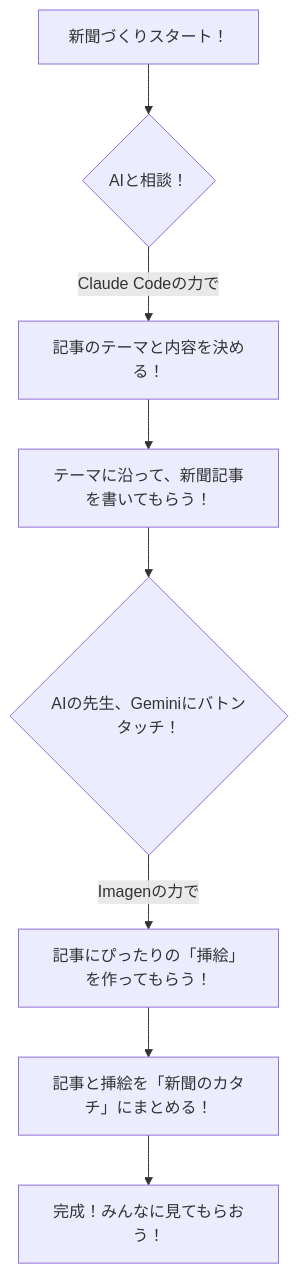
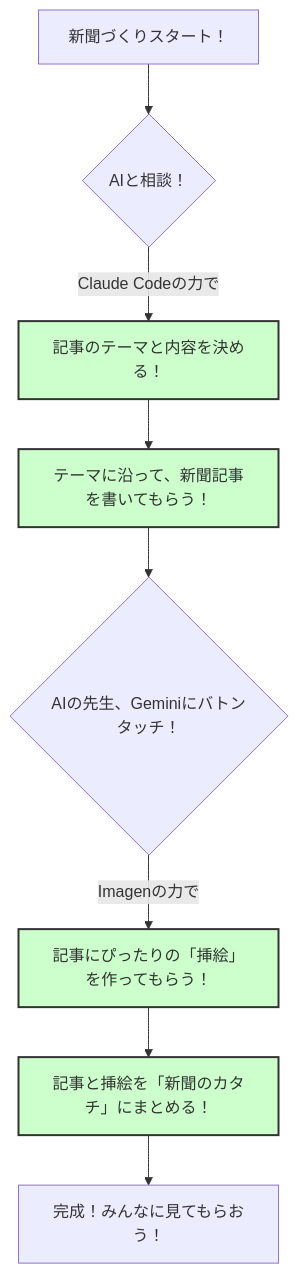
One commit to mizunadad/claude-code-test changed the diagram in mkNewsPaper_minato.md. Above: the diagram before and after it, drawn with Mermaid.

````diff
--- a/mkNewsPaper_minato.md
+++ b/mkNewsPaper_minato.md
@@ -1,10 +1,16 @@
 ```mermaid
 graph TD
     A[新聞づくりスタート！] --> B{AIと相談！};
     B -- Claude Codeの力で --> C["記事のテーマと内容を決める！"];
     C --> D["テーマに沿って、新聞記事を書いてもらう！"];
     D --> E{AIの先生、Geminiにバトンタッチ！};
     E -- Imagenの力で --> F["記事にぴったりの「挿絵」を作ってもらう！"];
     F --> G["記事と挿絵を「新聞のカタチ」にまとめる！"];
     G --> H[完成！みんなに見てもらおう！];
+
+
+style C fill:#ccffcc,stroke:#333,stroke-width:2px
+style D fill:#ccffcc,stroke:#333,stroke-width:2px
+style F fill:#ccffcc,stroke:#333,stroke-width:2px
+style G fill:#ccffcc,stroke:#333,stroke-width:2px
 ```
````
